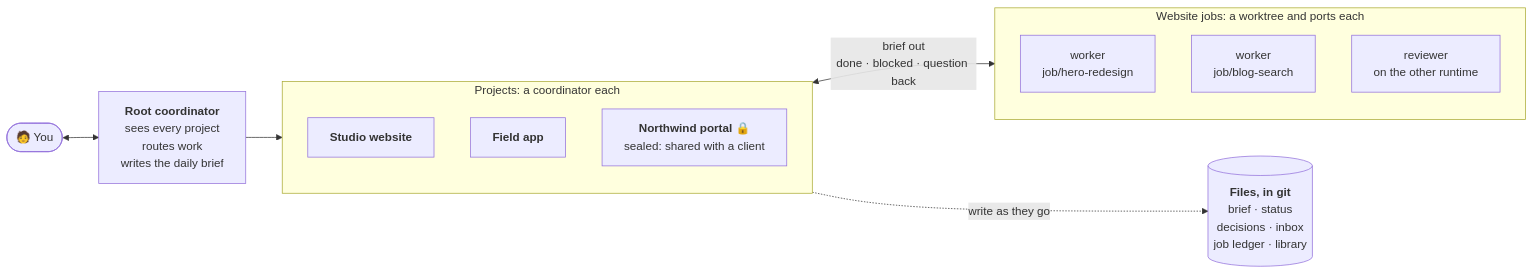
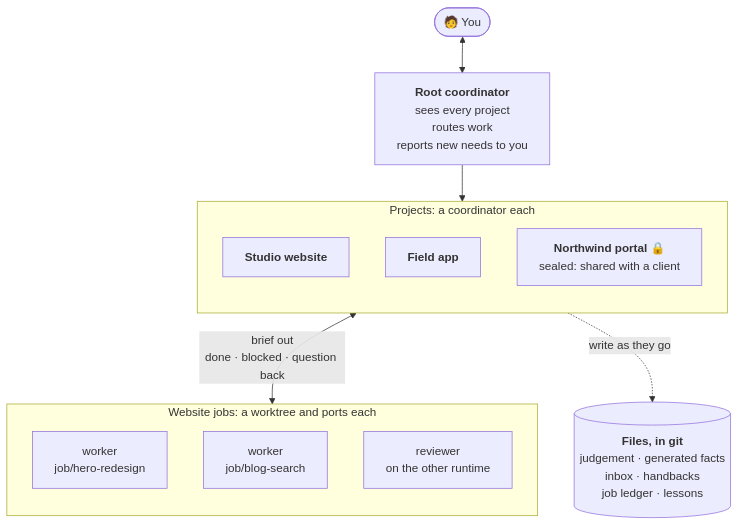
The first of 4 diagrams in README.md (HadiKhai/brain-core), drawn with Mermaid before and after one commit. The commit also changed other lines of this file, not shown here.

Commit message:
docs: explain autonomous jobs, usage routing and project imports

````diff
--- a/README.md
+++ b/README.md
@@ -50,22 +50,22 @@
 ```mermaid
-flowchart LR
+flowchart TB
     you(["🧑 You"])
-    root["<b>Root coordinator</b><br/>sees every project<br/>routes work<br/>writes the daily brief"]
+    root["<b>Root coordinator</b><br/>sees every project<br/>routes work<br/>reports new needs to you"]
     subgraph projects["Projects: a coordinator each"]
         direction TB
         web["<b>Studio website</b>"]
         app["<b>Field app</b>"]
         client["<b>Northwind portal</b> 🔒<br/>sealed: shared with a client"]
     end
     subgraph jobs["Website jobs: a worktree and ports each"]
         direction TB
         w1["worker<br/>job/hero-redesign"]
         w2["worker<br/>job/blog-search"]
         rev["reviewer<br/>on the other runtime"]
     end
-    files[("<b>Files, in git</b><br/>brief · status<br/>decisions · inbox<br/>job ledger · library")]
+    files[("<b>Files, in git</b><br/>judgement · generated facts<br/>inbox · handbacks<br/>job ledger · lessons")]
     you <--> root
     root --> projects
     web <-->|"brief out<br/>done · blocked · question back"| jobs
     projects -.->|"write as they go"| files
 ```
````
